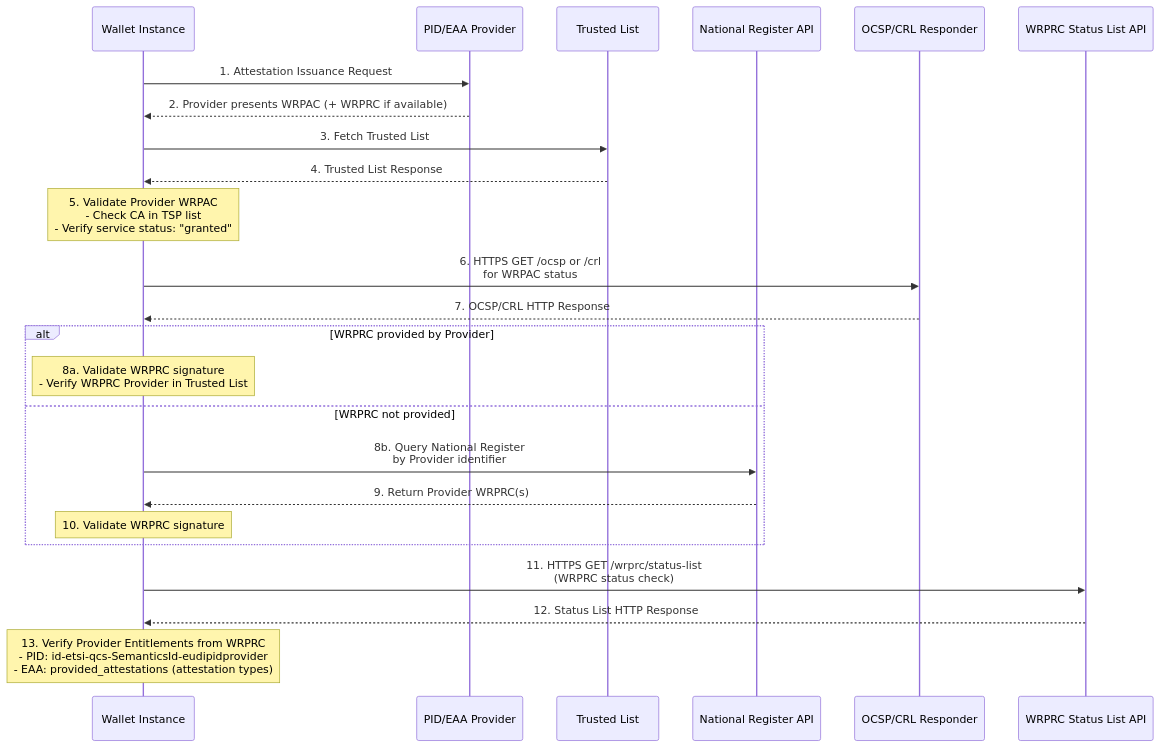
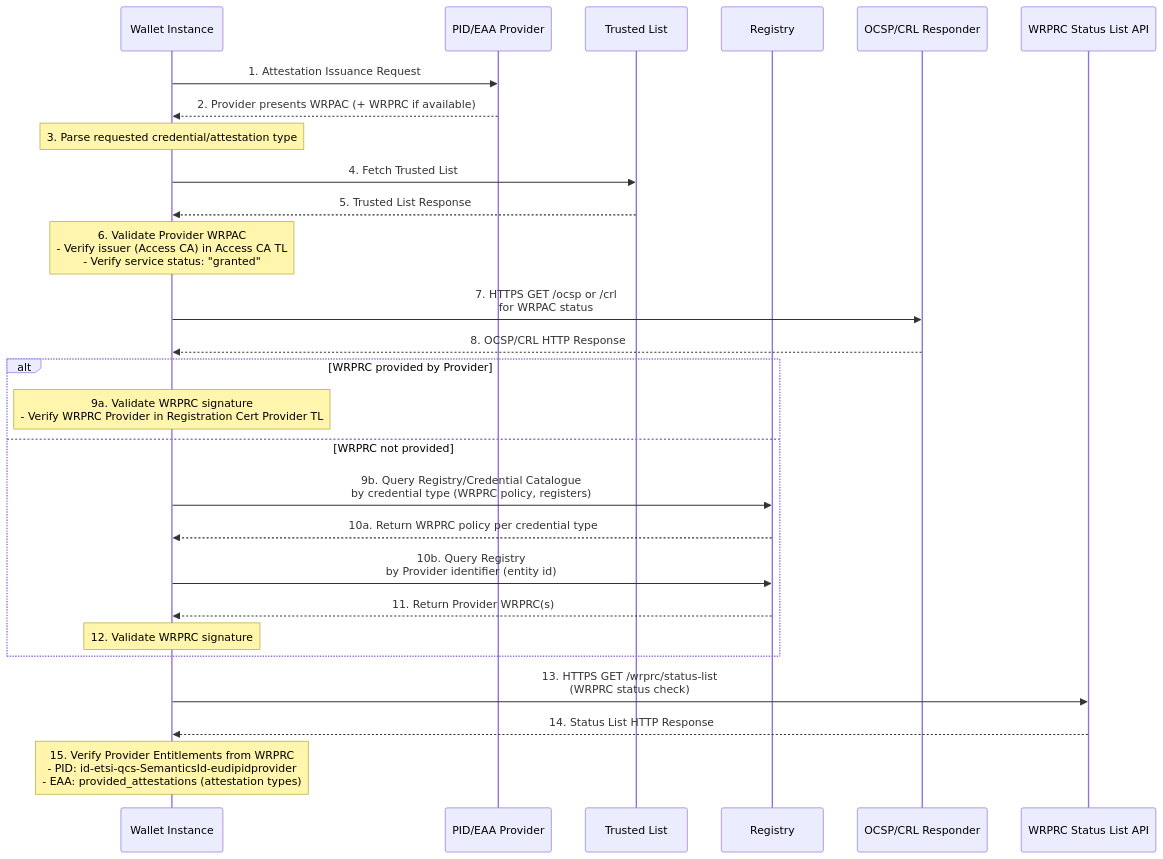
The third of 11 diagrams in task2-trust-framework/wallet-policy-discovery.md (webuild-consortium/wp4-trust-group), drawn with Mermaid before and after one commit. The commit also changed other lines of this file, not shown here.

Commit message:
[task2] policy discovery long and intensive WG review

````diff
--- a/task2-trust-framework/wallet-policy-discovery.md
+++ b/task2-trust-framework/wallet-policy-discovery.md
@@ -128,30 +131,33 @@
 ```mermaid
 sequenceDiagram
     participant W as Wallet Instance
     participant P as PID/EAA Provider
     participant TL as Trusted List
-    participant NR as National Register API
+    participant NR as Registry
     participant OCSP as OCSP/CRL Responder
     participant RCStatus as WRPRC Status List API
 
     W->>P: 1. Attestation Issuance Request
     P-->>W: 2. Provider presents WRPAC (+ WRPRC if available)
-    W->>TL: 3. Fetch Trusted List
-    TL-->>W: 4. Trusted List Response
-    Note over W: 5. Validate Provider WRPAC<br/>- Check CA in TSP list<br/>- Verify service status: "granted"
-    W->>OCSP: 6. HTTPS GET /ocsp or /crl<br/>for WRPAC status
-    OCSP-->>W: 7. OCSP/CRL HTTP Response
+    Note over W: 3. Parse requested credential/attestation type
+    W->>TL: 4. Fetch Trusted List
+    TL-->>W: 5. Trusted List Response
+    Note over W: 6. Validate Provider WRPAC<br/>- Verify issuer (Access CA) in Access CA TL<br/>- Verify service status: "granted"
+    W->>OCSP: 7. HTTPS GET /ocsp or /crl<br/>for WRPAC status
+    OCSP-->>W: 8. OCSP/CRL HTTP Response
     
     alt WRPRC provided by Provider
-        Note over W: 8a. Validate WRPRC signature<br/>- Verify WRPRC Provider in Trusted List
+        Note over W: 9a. Validate WRPRC signature<br/>- Verify WRPRC Provider in Registration Cert Provider TL
     else WRPRC not provided
-        W->>NR: 8b. Query National Register<br/>by Provider identifier
-        NR-->>W: 9. Return Provider WRPRC(s)
-        Note over W: 10. Validate WRPRC signature
+        W->>NR: 9b. Query Registry/Credential Catalogue<br/>by credential type (WRPRC policy, registers)
+        NR-->>W: 10a. Return WRPRC policy per credential type
+        W->>NR: 10b. Query Registry<br/>by Provider identifier (entity id)
+        NR-->>W: 11. Return Provider WRPRC(s)
+        Note over W: 12. Validate WRPRC signature
     end
     
-    W->>RCStatus: 11. HTTPS GET /wrprc/status-list<br/>(WRPRC status check)
-    RCStatus-->>W: 12. Status List HTTP Response
+    W->>RCStatus: 13. HTTPS GET /wrprc/status-list<br/>(WRPRC status check)
+    RCStatus-->>W: 14. Status List HTTP Response
     
-    Note over W: 13. Verify Provider Entitlements from WRPRC<br/>- PID: id-etsi-qcs-SemanticsId-eudipidprovider<br/>- EAA: provided_attestations (attestation types)
+    Note over W: 15. Verify Provider Entitlements from WRPRC<br/>- PID: id-etsi-qcs-SemanticsId-eudipidprovider<br/>- EAA: provided_attestations (attestation types)
 ```
````
